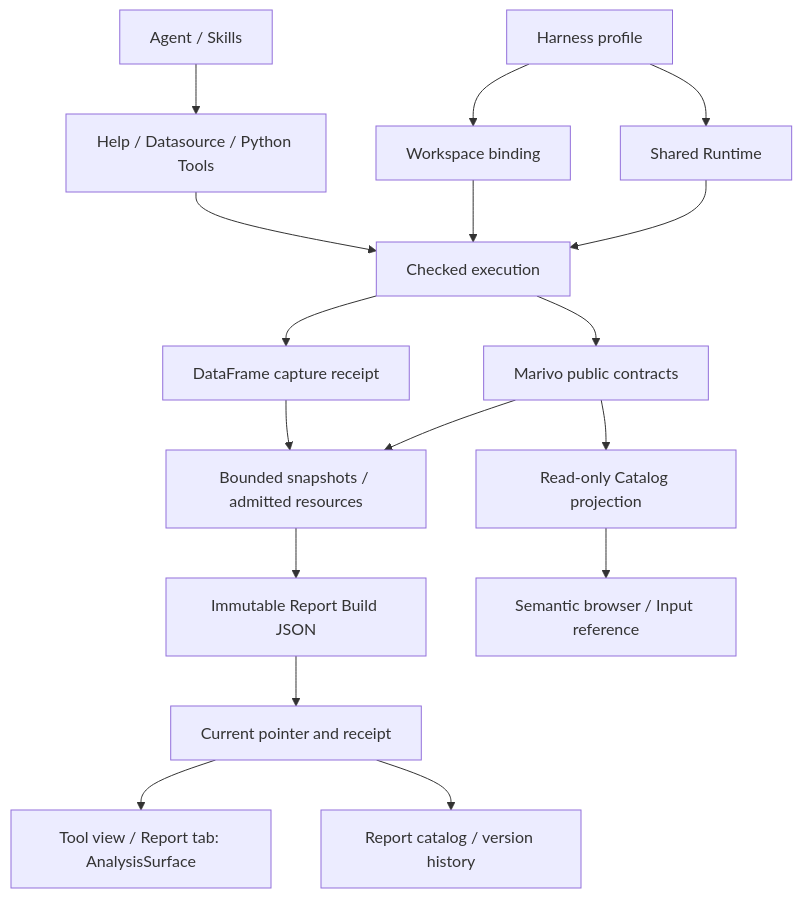
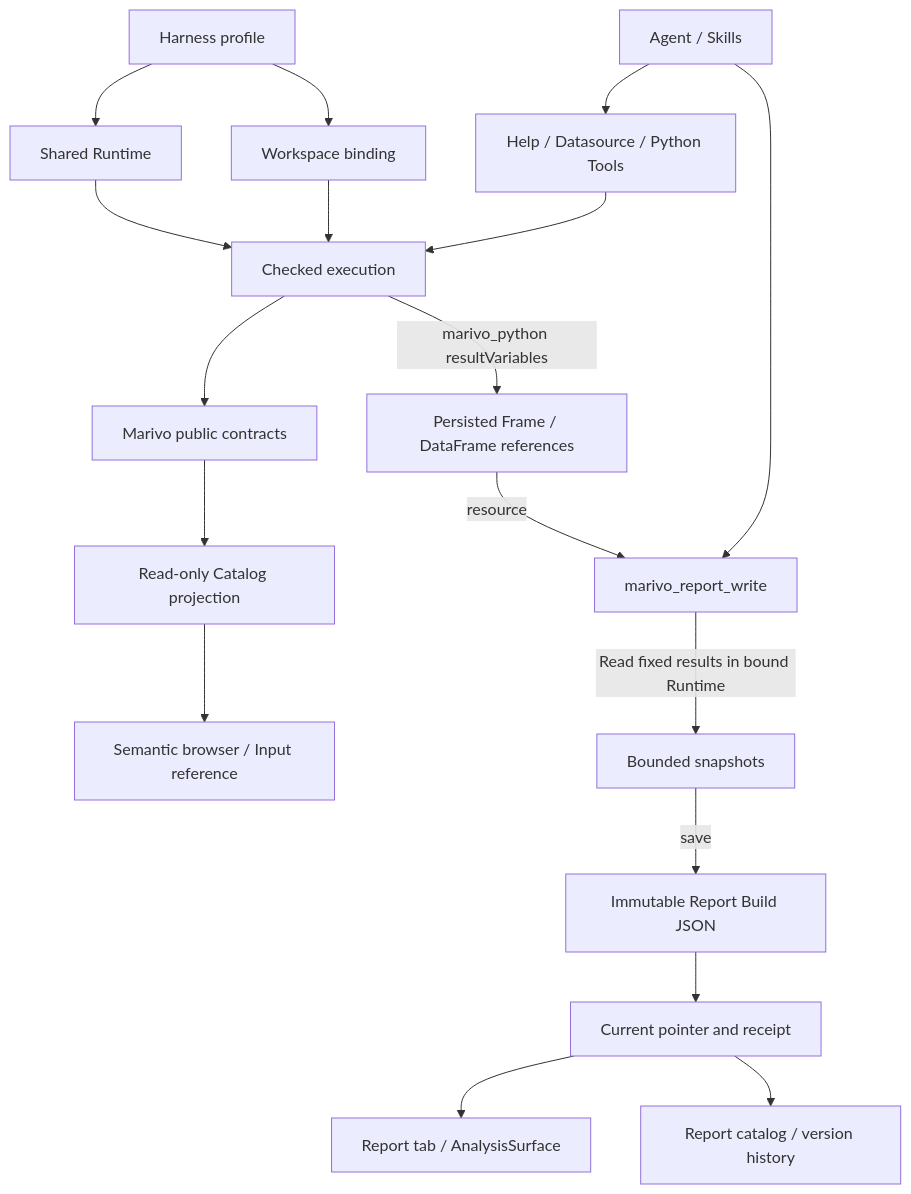
Before and after one commit to chengxianglibra/dsh-data-analysis: the diagram in docs/architecture/README.md, drawn with Mermaid. The commit also changed other lines of this file and 3 other files, not shown here.

First line of the commit message:
docs: simplify agent guidance and sync report architecture

````diff
--- a/docs/architecture/README.md
+++ b/docs/architecture/README.md
@@ -48,19 +49,20 @@
 ```mermaid
 flowchart TD
   H[Harness profile] --> R[Shared Runtime]
   H --> W[Workspace binding]
   R --> E[Checked execution]
   W --> E
   A[Agent / Skills] --> T[Help / Datasource / Python Tools]
   T --> E
   E --> M[Marivo public contracts]
-  E --> C[DataFrame capture receipt]
-  M --> P[Bounded snapshots / admitted resources]
-  C --> P
-  P --> B[Immutable Report Build JSON]
+  E -->|marivo_python resultVariables| F[Persisted Frame / DataFrame references]
+  A --> S[marivo_report_write]
+  F -->|resource| S
+  S -->|Read fixed results in bound Runtime| P[Bounded snapshots]
+  P -->|save| B[Immutable Report Build JSON]
   B --> U[Current pointer and receipt]
-  U --> V[Tool view / Report tab: AnalysisSurface]
+  U --> V[Report tab / AnalysisSurface]
   U --> K[Report catalog / version history]
   M --> Q[Read-only Catalog projection]
   Q --> I[Semantic browser / Input reference]
 ```
````
